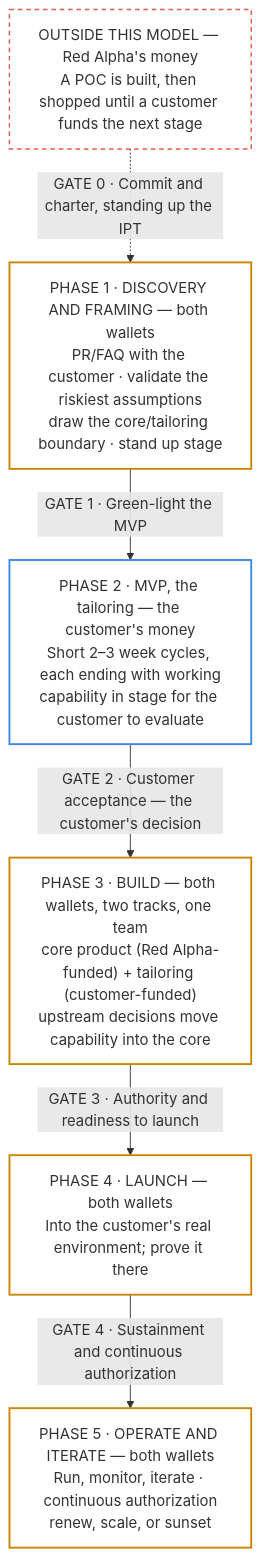
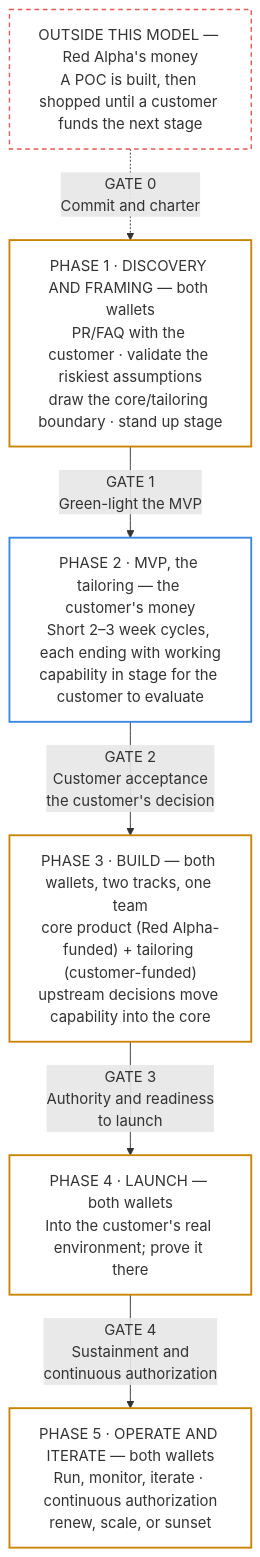
Before and after one commit to RA-Rob/IPT-Workflow: the diagram in docs/02-ipt-model-overview.md, drawn with Mermaid.

Commit message:
Break the gate labels where they should break
Edge labels wrap at 200px regardless of wrappingWidth, so "GATE 2 · Customer
acceptance — the customer's decision" broke mid-phrase across three lines.
The breaks are now explicit in the source, and Gate 0's redundant "standing
up the IPT" moves to the prose that already says it.

````diff
--- a/docs/02-ipt-model-overview.md
+++ b/docs/02-ipt-model-overview.md
@@ -76,26 +76,26 @@
 ```mermaid
 flowchart TD
     accTitle: The IPT lifecycle, from a shopped POC through five gated phases to sustained operation
     accDescr: A Red Alpha-funded POC sits outside the model. Gate 0 charters the IPT, then five phases follow — Discovery and Framing, MVP, Build, Launch, and Operate and Iterate — each closed by the next numbered gate. Gate 2 is the funding customer's decision.
 
     POC["OUTSIDE THIS MODEL — Red Alpha's money<br/>A POC is built, then shopped until a customer funds the next stage"]
     D["PHASE 1 · DISCOVERY AND FRAMING — both wallets<br/>PR/FAQ with the customer · validate the riskiest assumptions<br/>draw the core/tailoring boundary · stand up stage"]
     M["PHASE 2 · MVP, the tailoring — the customer's money<br/>Short 2–3 week cycles, each ending with working<br/>capability in stage for the customer to evaluate"]
     B["PHASE 3 · BUILD — both wallets, two tracks, one team<br/>core product (Red Alpha-funded) + tailoring (customer-funded)<br/>upstream decisions move capability into the core"]
     L["PHASE 4 · LAUNCH — both wallets<br/>Into the customer's real environment; prove it there"]
     O["PHASE 5 · OPERATE AND ITERATE — both wallets<br/>Run, monitor, iterate · continuous authorization<br/>renew, scale, or sunset"]
 
-    POC -. "GATE 0 · Commit and charter, standing up the IPT" .-> D
-    D -- "GATE 1 · Green-light the MVP" --> M
-    M -- "GATE 2 · Customer acceptance — the customer's decision" --> B
-    B -- "GATE 3 · Authority and readiness to launch" --> L
-    L -- "GATE 4 · Sustainment and continuous authorization" --> O
+    POC -. "GATE 0<br/>Commit and charter" .-> D
+    D -- "GATE 1<br/>Green-light the MVP" --> M
+    M -- "GATE 2<br/>Customer acceptance<br/>the customer's decision" --> B
+    B -- "GATE 3<br/>Authority and readiness<br/>to launch" --> L
+    L -- "GATE 4<br/>Sustainment and<br/>continuous authorization" --> O
 
     classDef outside fill:transparent,stroke:#e8594f,stroke-width:1.5px,stroke-dasharray:5 4
     classDef customer fill:transparent,stroke:#3987e5,stroke-width:2px
     classDef both fill:transparent,stroke:#c98500,stroke-width:2px
 
     class POC outside
     class M customer
     class D,B,L,O both
 ```
````
